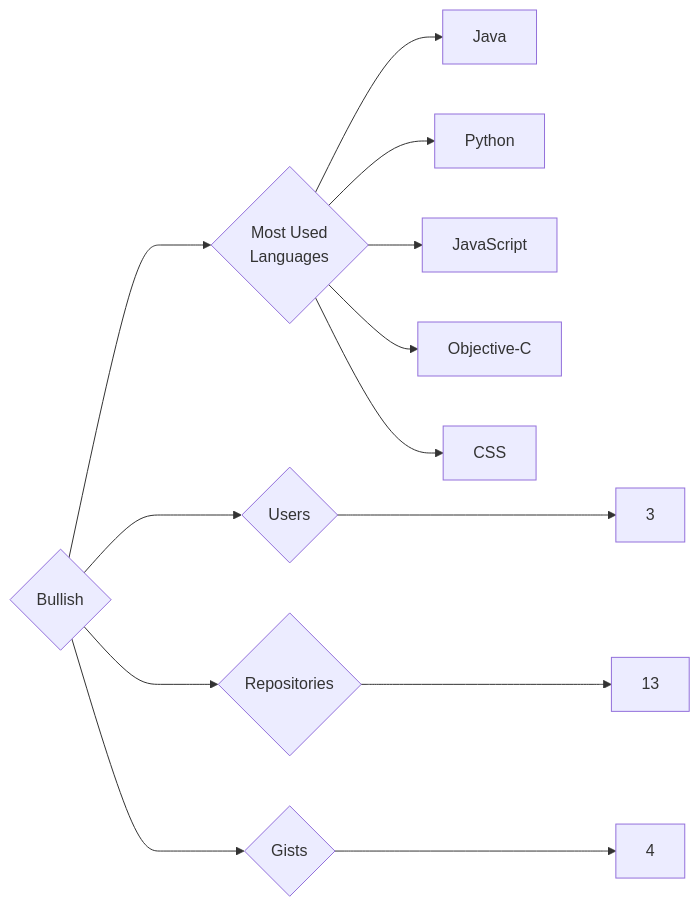
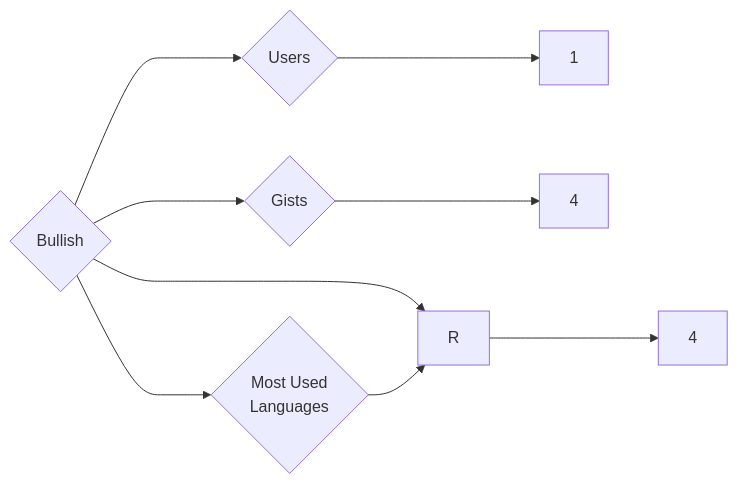
The diagram in targets/Bullish/README.md (trickest/insiders), drawn with Mermaid before and after one commit. The commit also changed 859 other files, not shown here.

````diff
--- a/targets/Bullish/README.md
+++ b/targets/Bullish/README.md
@@ -3,13 +3,9 @@
 ```mermaid
 graph LR
 COMPANY_NAME{Bullish}
-COMPANY_NAME ---> U{Users} ---> UN[3]
-COMPANY_NAME ---> R{Repositories} ---> RN[13]
+COMPANY_NAME ---> U{Users} ---> UN[1]
+COMPANY_NAME ---> R{Repositories} ---> RN[4]
 COMPANY_NAME ---> G{Gists} ---> GN[4]
 COMPANY_NAME ---> ML{Most Used<br>Languages}
-ML --> Java[Java]
-ML --> Python[Python]
-ML --> JavaScript[JavaScript]
-ML --> Objective-C[Objective-C]
-ML --> CSS[CSS]
+ML --> R[R]
 ```
````
